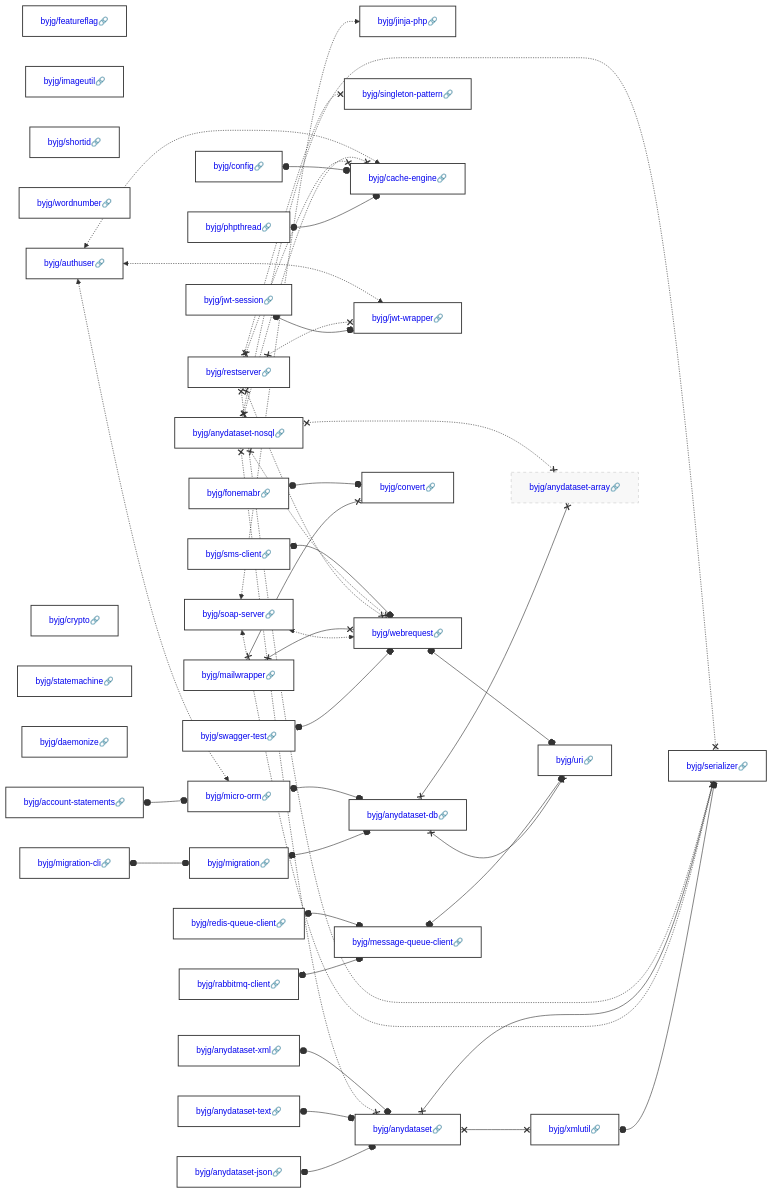
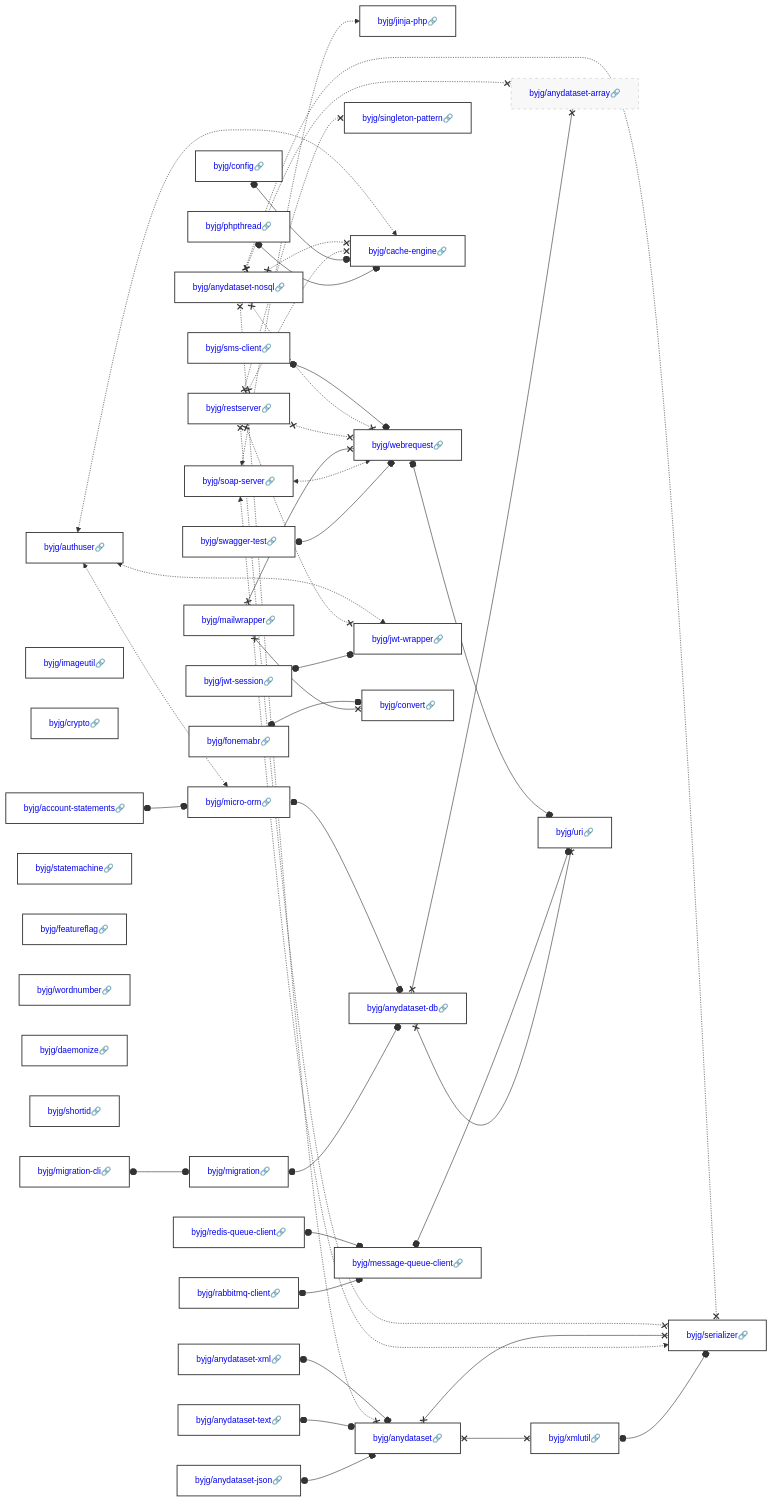
One commit to byjg/byjg.github.io changed the diagram in docs/php/README.md. Above: the diagram before and after it, drawn with Mermaid. The commit also changed other lines of this file and 1 other file, not shown here.

Commit message:
Update documentation 'php' 'php-serializer'

````diff
--- a/docs/php/README.md
+++ b/docs/php/README.md
@@ -3,40 +3,40 @@
 ```mermaid
 graph LR;
+  byjg/migration-cli[<a href='https://opensource.byjg.com/docs/php/migration-cli' style='text-decoration:none'>byjg/migration-cli🔗</a>];
+  byjg/anydataset-xml[<a href='https://opensource.byjg.com/docs/php/anydataset-xml' style='text-decoration:none'>byjg/anydataset-xml🔗</a>];
+  byjg/jwt-session[<a href='https://opensource.byjg.com/docs/php/jwt-session' style='text-decoration:none'>byjg/jwt-session🔗</a>];
+  byjg/imageutil[<a href='https://opensource.byjg.com/docs/php/imageutil' style='text-decoration:none'>byjg/imageutil🔗</a>];
+  byjg/crypto[<a href='https://opensource.byjg.com/docs/php/crypto' style='text-decoration:none'>byjg/crypto🔗</a>];
+  byjg/config[<a href='https://opensource.byjg.com/docs/php/config' style='text-decoration:none'>byjg/config🔗</a>];
+  byjg/authuser[<a href='https://opensource.byjg.com/docs/php/authuser' style='text-decoration:none'>byjg/authuser🔗</a>];
+  byjg/statemachine[<a href='https://opensource.byjg.com/docs/php/statemachine' style='text-decoration:none'>byjg/statemachine🔗</a>];
+  byjg/anydataset-json[<a href='https://opensource.byjg.com/docs/php/anydataset-json' style='text-decoration:none'>byjg/anydataset-json🔗</a>];
+  byjg/redis-queue-client[<a href='https://opensource.byjg.com/docs/php/redis-queue-client' style='text-decoration:none'>byjg/redis-queue-client🔗</a>];
   byjg/featureflag[<a href='https://opensource.byjg.com/docs/php/featureflag' style='text-decoration:none'>byjg/featureflag🔗</a>];
-  byjg/imageutil[<a href='https://opensource.byjg.com/docs/php/imageutil' style='text-decoration:none'>byjg/imageutil🔗</a>];
-  byjg/shortid[<a href='https://opensource.byjg.com/docs/php/shortid' style='text-decoration:none'>byjg/shortid🔗</a>];
-  byjg/config[<a href='https://opensource.byjg.com/docs/php/config' style='text-decoration:none'>byjg/config🔗</a>];
+  byjg/soap-server[<a href='https://opensource.byjg.com/docs/php/soap-server' style='text-decoration:none'>byjg/soap-server🔗</a>];
+  byjg/sms-client[<a href='https://opensource.byjg.com/docs/php/sms-client' style='text-decoration:none'>byjg/sms-client🔗</a>];
+  byjg/phpthread[<a href='https://opensource.byjg.com/docs/php/phpthread' style='text-decoration:none'>byjg/phpthread🔗</a>];
+  byjg/wordnumber[<a href='https://opensource.byjg.com/docs/php/wordnumber' style='text-decoration:none'>byjg/wordnumber🔗</a>];
   byjg/anydataset-nosql[<a href='https://opensource.byjg.com/docs/php/anydataset-nosql' style='text-decoration:none'>byjg/anydataset-nosql🔗</a>];
-  byjg/wordnumber[<a href='https://opensource.byjg.com/docs/php/wordnumber' style='text-decoration:none'>byjg/wordnumber🔗</a>];
+  byjg/swagger-test[<a href='https://opensource.byjg.com/docs/php/swagger-test' style='text-decoration:none'>byjg/swagger-test🔗</a>];
+  byjg/daemonize[<a href='https://opensource.byjg.com/docs/php/daemonize' style='text-decoration:none'>byjg/daemonize🔗</a>];
   byjg/rabbitmq-client[<a href='https://opensource.byjg.com/docs/php/rabbitmq-client' style='text-decoration:none'>byjg/rabbitmq-client🔗</a>];
   byjg/anydataset-text[<a href='https://opensource.byjg.com/docs/php/anydataset-text' style='text-decoration:none'>byjg/anydataset-text🔗</a>];
   byjg/mailwrapper[<a href='https://opensource.byjg.com/docs/php/mailwrapper' style='text-decoration:none'>byjg/mailwrapper🔗</a>];
-  byjg/soap-server[<a href='https://opensource.byjg.com/docs/php/soap-server' style='text-decoration:none'>byjg/soap-server🔗</a>];
-  byjg/authuser[<a href='https://opensource.byjg.com/docs/php/authuser' style='text-decoration:none'>byjg/authuser🔗</a>];
-  byjg/redis-queue-client[<a href='https://opensource.byjg.com/docs/php/redis-queue-client' style='text-decoration:none'>byjg/redis-queue-client🔗</a>];
-  byjg/anydataset-json[<a href='https://opensource.byjg.com/docs/php/anydataset-json' style='text-decoration:none'>byjg/anydataset-json🔗</a>];
-  byjg/phpthread[<a href='https://opensource.byjg.com/docs/php/phpthread' style='text-decoration:none'>byjg/phpthread🔗</a>];
-  byjg/crypto[<a href='https://opensource.byjg.com/docs/php/crypto' style='text-decoration:none'>byjg/crypto🔗</a>];
-  byjg/statemachine[<a href='https://opensource.byjg.com/docs/php/statemachine' style='text-decoration:none'>byjg/statemachine🔗</a>];
-  byjg/jwt-session[<a href='https://opensource.byjg.com/docs/php/jwt-session' style='text-decoration:none'>byjg/jwt-session🔗</a>];
-  byjg/daemonize[<a href='https://opensource.byjg.com/docs/php/daemonize' style='text-decoration:none'>byjg/daemonize🔗</a>];
   byjg/restserver[<a href='https://opensource.byjg.com/docs/php/restserver' style='text-decoration:none'>byjg/restserver🔗</a>];
-  byjg/migration-cli[<a href='https://opensource.byjg.com/docs/php/migration-cli' style='text-decoration:none'>byjg/migration-cli🔗</a>];
-  byjg/anydataset-xml[<a href='https://opensource.byjg.com/docs/php/anydataset-xml' style='text-decoration:none'>byjg/anydataset-xml🔗</a>];
+  byjg/shortid[<a href='https://opensource.byjg.com/docs/php/shortid' style='text-decoration:none'>byjg/shortid🔗</a>];
+  byjg/fonemabr[<a href='https://opensource.byjg.com/docs/php/fonemabr' style='text-decoration:none'>byjg/fonemabr🔗</a>];
   byjg/account-statements[<a href='https://opensource.byjg.com/docs/php/account-statements' style='text-decoration:none'>byjg/account-statements🔗</a>];
-  byjg/sms-client[<a href='https://opensource.byjg.com/docs/php/sms-client' style='text-decoration:none'>byjg/sms-client🔗</a>];
-  byjg/fonemabr[<a href='https://opensource.byjg.com/docs/php/fonemabr' style='text-decoration:none'>byjg/fonemabr🔗</a>];
-  byjg/swagger-test[<a href='https://opensource.byjg.com/docs/php/swagger-test' style='text-decoration:none'>byjg/swagger-test🔗</a>];
+  byjg/migration[<a href='https://opensource.byjg.com/docs/php/migration' style='text-decoration:none'>byjg/migration🔗</a>];
   byjg/jinja-php[<a href='https://opensource.byjg.com/docs/php/jinja-php' style='text-decoration:none'>byjg/jinja-php🔗</a>];
   byjg/message-queue-client[<a href='https://opensource.byjg.com/docs/php/message-queue-client' style='text-decoration:none'>byjg/message-queue-client🔗</a>];
+  byjg/anydataset[<a href='https://opensource.byjg.com/docs/php/anydataset' style='text-decoration:none'>byjg/anydataset🔗</a>];
   byjg/singleton-pattern[<a href='https://opensource.byjg.com/docs/php/singleton-pattern' style='text-decoration:none'>byjg/singleton-pattern🔗</a>];
   byjg/cache-engine[<a href='https://opensource.byjg.com/docs/php/cache-engine' style='text-decoration:none'>byjg/cache-engine🔗</a>];
+  byjg/webrequest[<a href='https://opensource.byjg.com/docs/php/webrequest' style='text-decoration:none'>byjg/webrequest🔗</a>];
   byjg/jwt-wrapper[<a href='https://opensource.byjg.com/docs/php/jwt-wrapper' style='text-decoration:none'>byjg/jwt-wrapper🔗</a>];
-  byjg/migration[<a href='https://opensource.byjg.com/docs/php/migration' style='text-decoration:none'>byjg/migration🔗</a>];
-  byjg/anydataset[<a href='https://opensource.byjg.com/docs/php/anydataset' style='text-decoration:none'>byjg/anydataset🔗</a>];
+  byjg/convert[<a href='https://opensource.byjg.com/docs/php/convert' style='text-decoration:none'>byjg/convert🔗</a>];
   byjg/micro-orm[<a href='https://opensource.byjg.com/docs/php/micro-orm' style='text-decoration:none'>byjg/micro-orm🔗</a>];
-  byjg/convert[<a href='https://opensource.byjg.com/docs/php/convert' style='text-decoration:none'>byjg/convert🔗</a>];
-  byjg/webrequest[<a href='https://opensource.byjg.com/docs/php/webrequest' style='text-decoration:none'>byjg/webrequest🔗</a>];
   byjg/xmlutil[<a href='https://opensource.byjg.com/docs/php/xmlutil' style='text-decoration:none'>byjg/xmlutil🔗</a>];
   byjg/anydataset-db[<a href='https://opensource.byjg.com/docs/php/anydataset-db' style='text-decoration:none'>byjg/anydataset-db🔗</a>];
   byjg/serializer[<a href='https://opensource.byjg.com/docs/php/serializer' style='text-decoration:none'>byjg/serializer🔗</a>];
````
